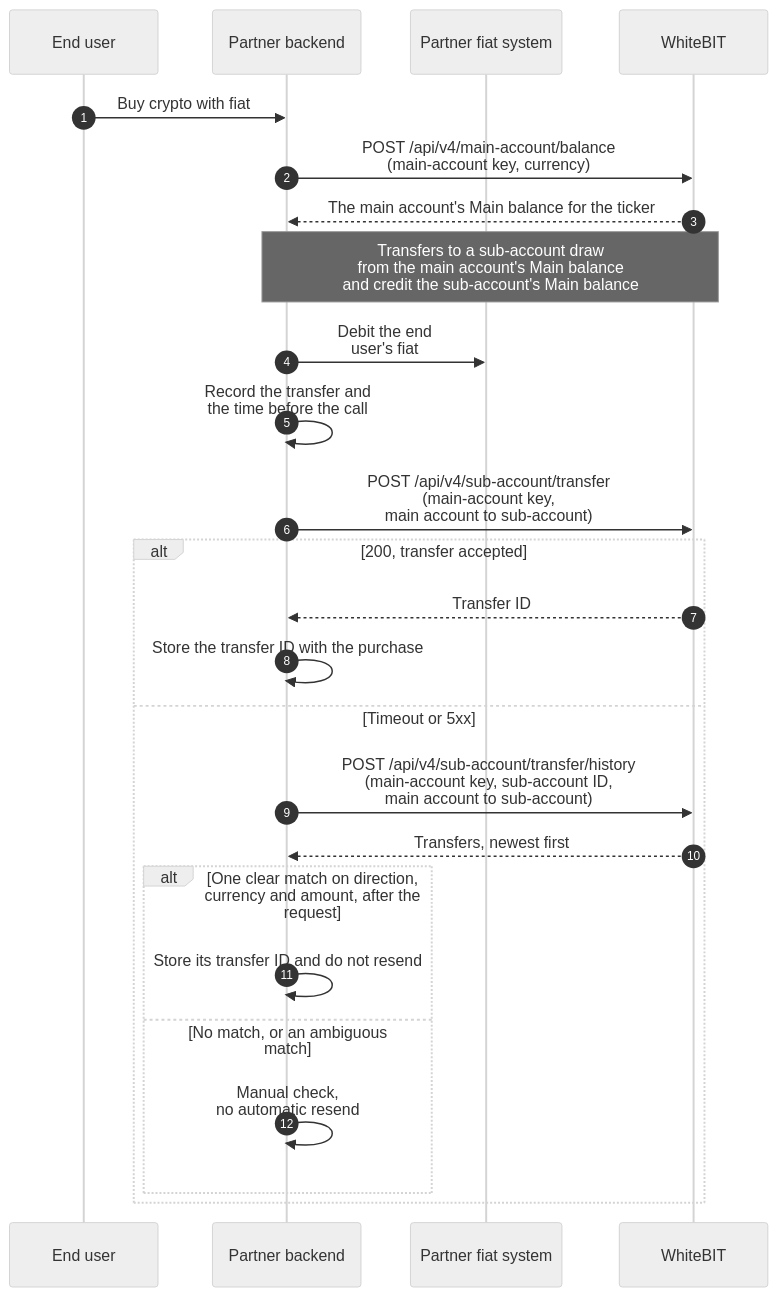
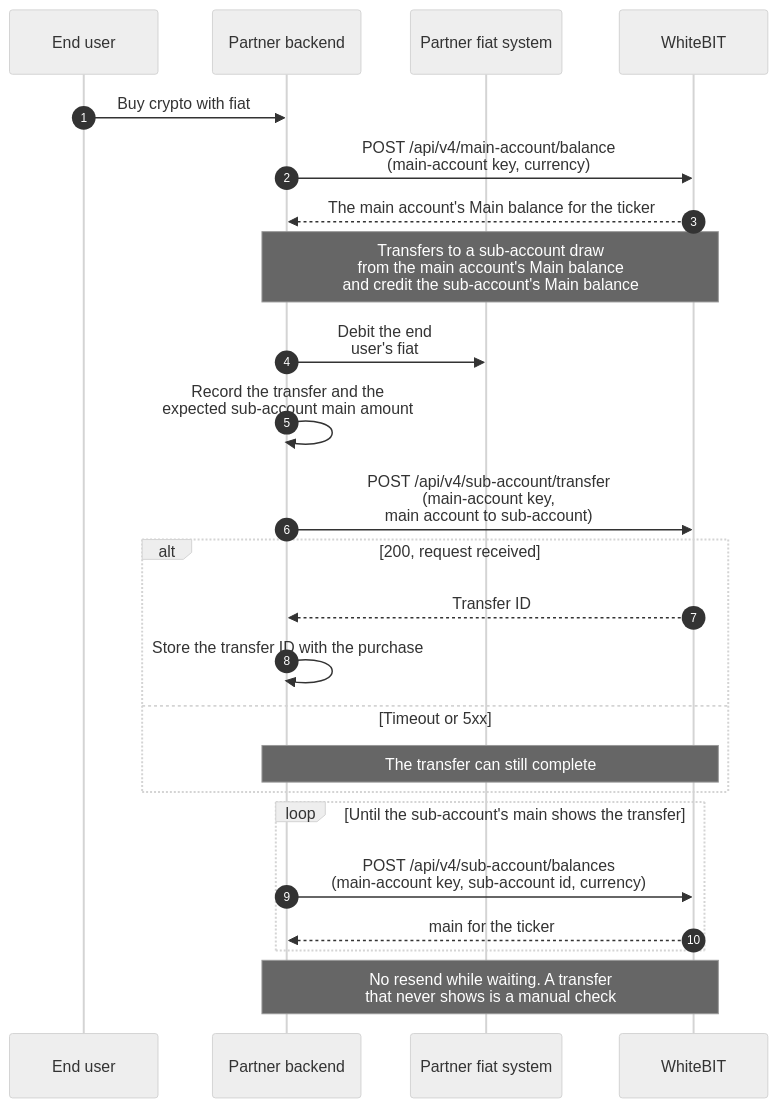
Before and after one commit to whitebit-exchange/docs: the third of 5 diagrams in guides/waas-integration.mdx, drawn with Mermaid (neutral theme). The commit also changed other lines of this file and 17 other files, not shown here.

First line of the commit message:
docs(api): confirm transfers on the balance

````diff
--- a/guides/waas-integration.mdx
+++ b/guides/waas-integration.mdx
@@ -187,28 +187,27 @@
 ```mermaid
 sequenceDiagram
     autonumber
     participant U as End user
     participant P as Partner backend
     participant F as Partner fiat system
     participant W as WhiteBIT
 
     U->>P: Buy crypto with fiat
     P->>W: POST /api/v4/main-account/balance<br/>(main-account key, currency)
     W-->>P: The main account's Main balance for the ticker
     Note over P,W: Transfers to a sub-account draw<br/>from the main account's Main balance<br/>and credit the sub-account's Main balance
     P->>F: Debit the end<br/>user's fiat
-    P->>P: Record the transfer and<br/>the time before the call
+    P->>P: Record the transfer and the<br/>expected sub-account main amount
     P->>W: POST /api/v4/sub-account/transfer<br/>(main-account key,<br/>main account to sub-account)
-    alt 200, transfer accepted
+    alt 200, request received
         W-->>P: Transfer ID
         P->>P: Store the transfer ID with the purchase
     else Timeout or 5xx
-        P->>W: POST /api/v4/sub-account/transfer/history<br/>(main-account key, sub-account ID,<br/>main account to sub-account)
-        W-->>P: Transfers, newest first
-        alt One clear match on direction, currency and amount, after the request
-            P->>P: Store its transfer ID and do not resend
-        else No match, or an ambiguous match
-            P->>P: Manual check,<br/>no automatic resend
-        end
+        Note over P,W: The transfer can still complete
     end
+    loop Until the sub-account's main shows the transfer
+        P->>W: POST /api/v4/sub-account/balances<br/>(main-account key, sub-account id, currency)
+        W-->>P: main for the ticker
+    end
+    Note over P,W: No resend while waiting. A transfer<br/>that never shows is a manual check
 ```
````
